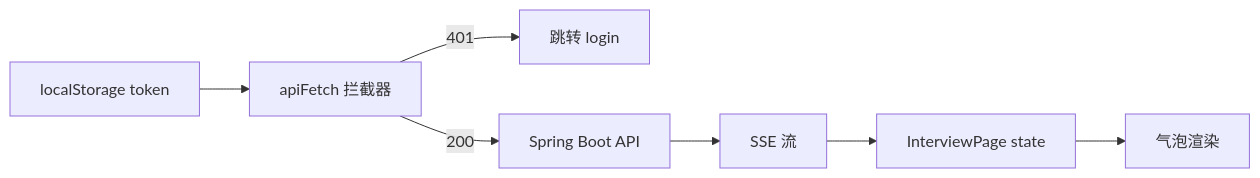
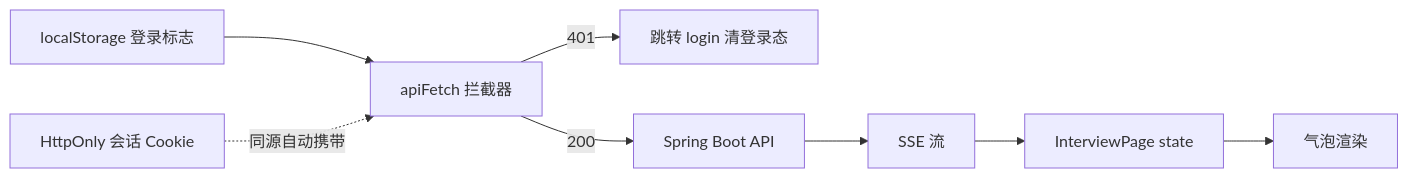
Before and after one commit to Sakura-hexo/mockInterview: the sixth of 6 diagrams in .agentdocs/plans/2026-10-29/AI模拟面试平台-前端页面-优化方案.md, drawn with Mermaid. The commit also changed other lines of this file and 15 other files, not shown here.

Commit message:
安全: 认证升级 HttpOnly Cookie 模式并移除 Bearer 通道

````diff
--- a/.agentdocs/plans/2026-10-29/AI模拟面试平台-前端页面-优化方案.md
+++ b/.agentdocs/plans/2026-10-29/AI模拟面试平台-前端页面-优化方案.md
@@ -198,9 +198,10 @@
 ```mermaid
 flowchart LR
-    LS[localStorage token] --> AF[apiFetch 拦截器]
-    AF -->|401| L[跳转 login]
+    LS[localStorage 登录标志] --> AF[apiFetch 拦截器]
+    CK[HttpOnly 会话 Cookie] -.同源自动携带.-> AF
+    AF -->|401| L[跳转 login 清登录态]
     AF -->|200| API[Spring Boot API]
     API --> SSE[SSE 流]
     SSE --> CP[InterviewPage state]
     CP --> UI[气泡渲染]
 ```
````
